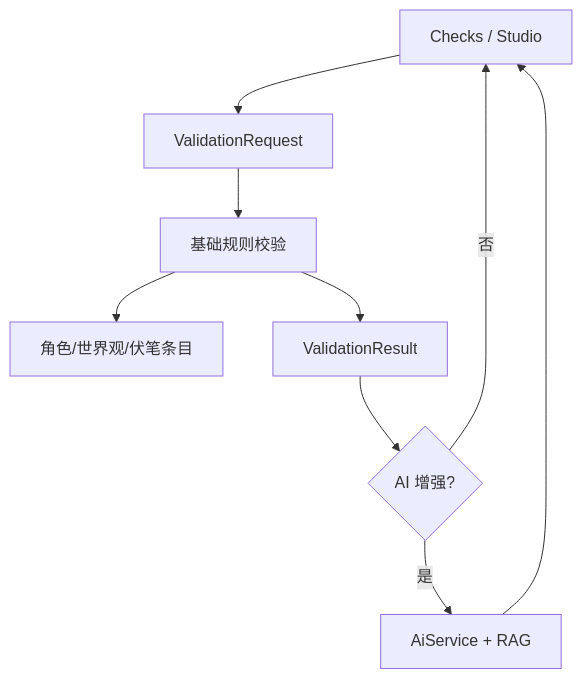
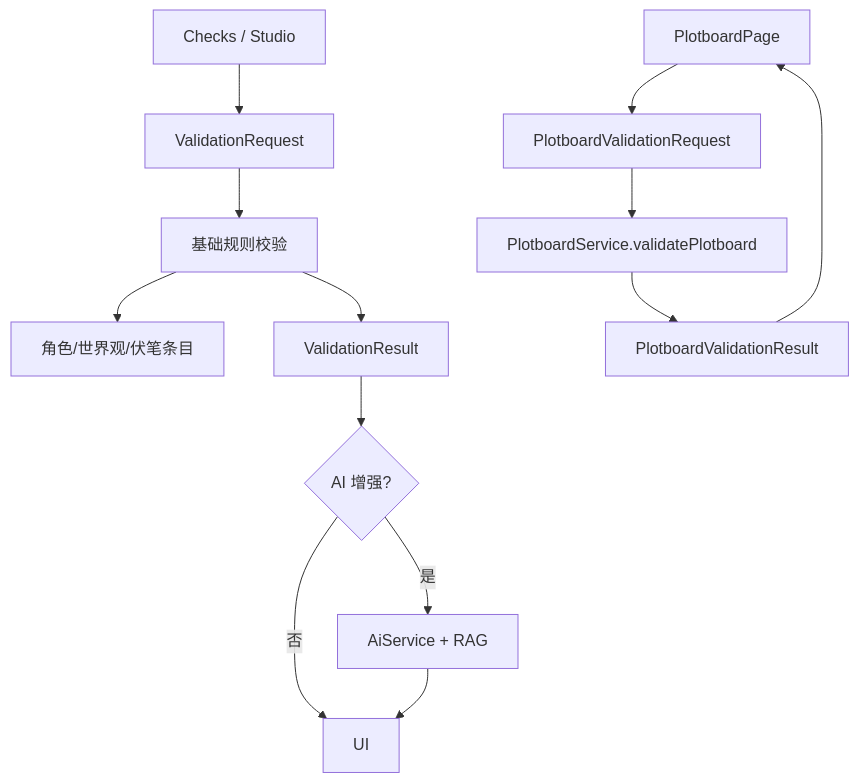
Before and after one commit to superwyq/HetuSketch: the diagram in docs/40-modules/validation/README.md, drawn with Mermaid. The commit also changed other lines of this file and 57 other files, not shown here.

````diff
--- a/docs/40-modules/validation/README.md
+++ b/docs/40-modules/validation/README.md
@@ -24,11 +26,16 @@
 ```mermaid
 flowchart TD
-  UI[Checks / Studio] --> Request[ValidationRequest]
+  Studio[Checks / Studio] --> Request[ValidationRequest]
   Request --> Basic[基础规则校验]
   Basic --> Entries[角色/世界观/伏笔条目]
   Basic --> Result[ValidationResult]
   Result --> Enhanced{AI 增强?}
   Enhanced -- 是 --> AI[AiService + RAG]
-  Enhanced -- 否 --> UI
+  Enhanced -- 否 --> UI[UI]
   AI --> UI
+
+  PlotUI[PlotboardPage] --> PlotReq[PlotboardValidationRequest]
+  PlotReq --> PlotService[PlotboardService.validatePlotboard]
+  PlotService --> PlotResult[PlotboardValidationResult]
+  PlotResult --> PlotUI
 ```
````
